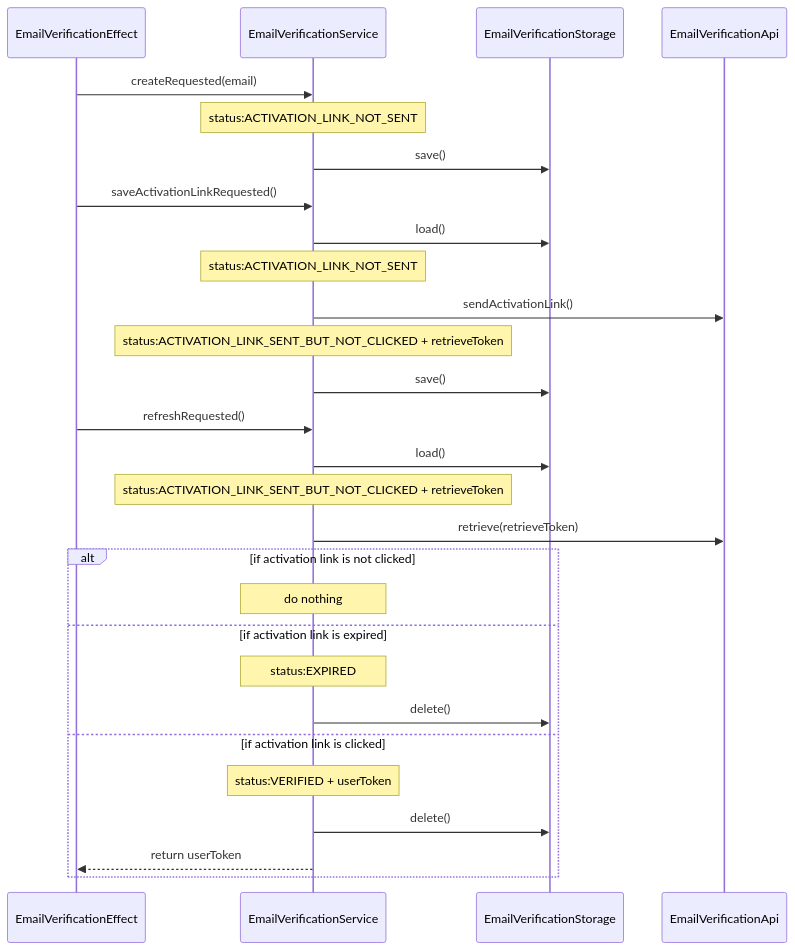
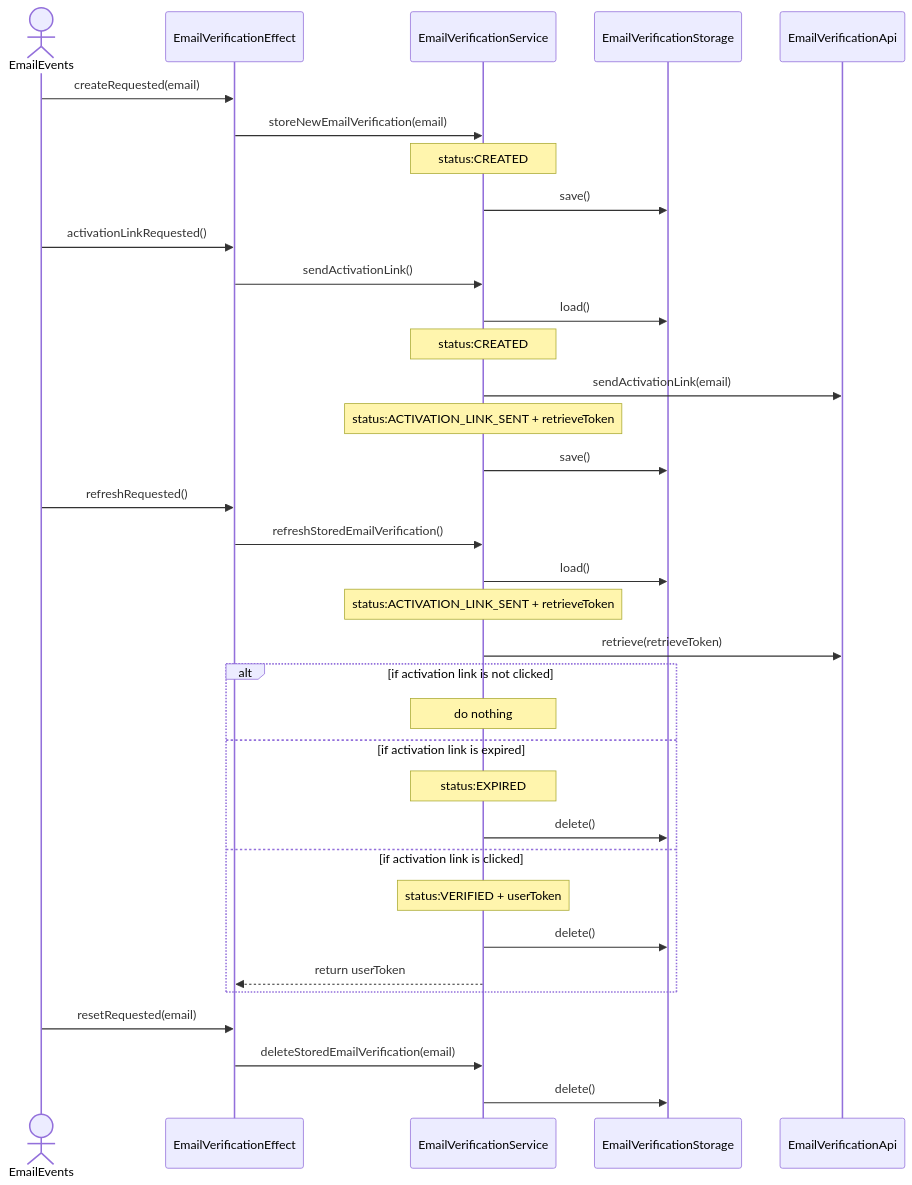
The third of 4 diagrams in docs/workflows/create-account.md (BenLayet/meditation-timer), drawn with Mermaid before and after one commit. The commit also changed other lines of this file and 31 other files, not shown here.

````diff
--- a/docs/workflows/create-account.md
+++ b/docs/workflows/create-account.md
@@ -68,31 +75,38 @@
 ```mermaid
 sequenceDiagram
+    actor EmailEvents
     participant EmailVerificationEffect
     participant EmailVerificationService
     participant EmailVerificationStorage
     participant EmailVerificationApi
 
-    EmailVerificationEffect ->> EmailVerificationService: createRequested(email)
-    Note over EmailVerificationService: status:ACTIVATION_LINK_NOT_SENT
+    EmailEvents ->> EmailVerificationEffect: createRequested(email)
+    EmailVerificationEffect ->> EmailVerificationService: storeNewEmailVerification(email)
+    Note over EmailVerificationService: status:CREATED
     EmailVerificationService ->> EmailVerificationStorage: save()
-    EmailVerificationEffect ->> EmailVerificationService: saveActivationLinkRequested()
+    EmailEvents ->> EmailVerificationEffect: activationLinkRequested()
+    EmailVerificationEffect ->> EmailVerificationService: sendActivationLink()
     EmailVerificationService ->> EmailVerificationStorage: load()
-    Note over EmailVerificationService: status:ACTIVATION_LINK_NOT_SENT
-    EmailVerificationService ->> EmailVerificationApi: sendActivationLink()
-    Note over EmailVerificationService: status:ACTIVATION_LINK_SENT_BUT_NOT_CLICKED + retrieveToken
+    Note over EmailVerificationService: status:CREATED
+    EmailVerificationService ->> EmailVerificationApi: sendActivationLink(email)
+    Note over EmailVerificationService: status:ACTIVATION_LINK_SENT + retrieveToken
     EmailVerificationService ->> EmailVerificationStorage: save()
-    EmailVerificationEffect ->> EmailVerificationService: refreshRequested()
+    EmailEvents ->> EmailVerificationEffect: refreshRequested()
+    EmailVerificationEffect ->> EmailVerificationService: refreshStoredEmailVerification()
     EmailVerificationService ->> EmailVerificationStorage: load()
-    Note over EmailVerificationService: status:ACTIVATION_LINK_SENT_BUT_NOT_CLICKED + retrieveToken
+    Note over EmailVerificationService: status:ACTIVATION_LINK_SENT + retrieveToken
     EmailVerificationService ->> EmailVerificationApi: retrieve(retrieveToken)
     alt if activation link is not clicked
         Note over EmailVerificationService: do nothing
     else if activation link is expired
-        Note over EmailVerificationService: status:EXPIRED 
+        Note over EmailVerificationService: status:EXPIRED
         EmailVerificationService ->> EmailVerificationStorage: delete()
     else if activation link is clicked
         Note over EmailVerificationService: status:VERIFIED + userToken
         EmailVerificationService ->> EmailVerificationStorage: delete()
         EmailVerificationService -->> EmailVerificationEffect: return userToken
     end
+    EmailEvents ->> EmailVerificationEffect: resetRequested(email)
+    EmailVerificationEffect ->> EmailVerificationService: deleteStoredEmailVerification(email)
+    EmailVerificationService ->> EmailVerificationStorage: delete()
 ```
````
